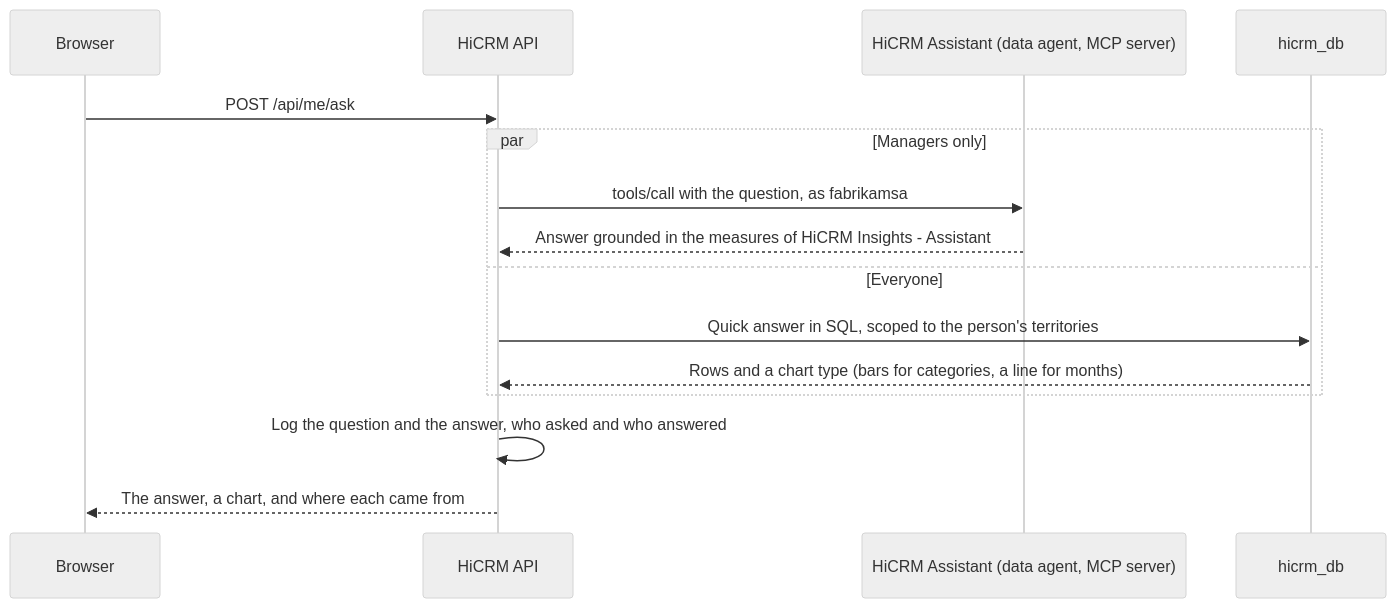
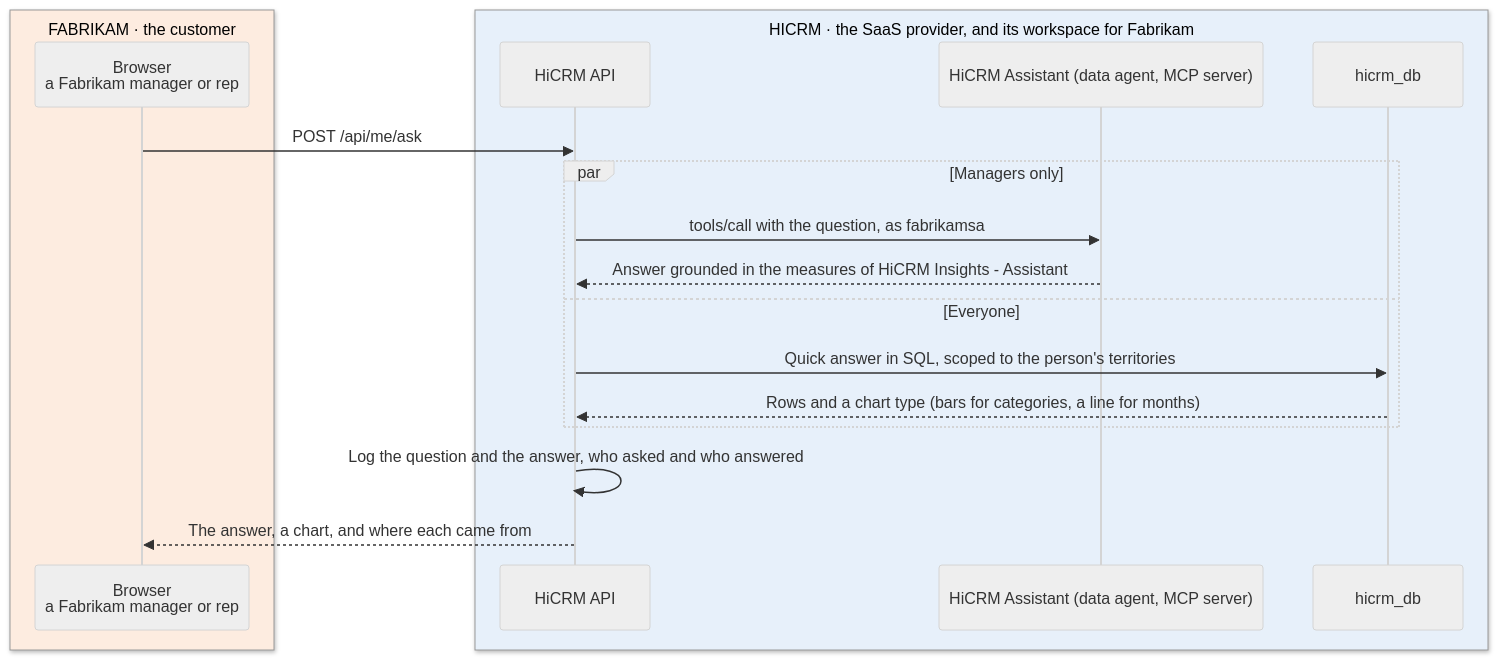
One commit to apkola29/fabric changed the seventh of 7 diagrams in saas-platform/ARCHITECTURE.md. Above: the diagram before and after it, drawn with Mermaid (neutral theme). The commit also changed other lines of this file and 9 other files, not shown here.

First line of the commit message:
saas-platform: who owns what, end-to-end flow and the data integration add-on

````diff
--- a/saas-platform/ARCHITECTURE.md
+++ b/saas-platform/ARCHITECTURE.md
@@ -237,18 +402,22 @@
 ```mermaid
 sequenceDiagram
-  participant B as Browser
-  participant A as HiCRM API
-  participant DA as HiCRM Assistant (data agent, MCP server)
-  participant DB as hicrm_db
+  box rgb(253,236,224) FABRIKAM · the customer
+    participant B as Browser<br/>a Fabrikam manager or rep
+  end
+  box rgb(231,240,250) HICRM · the SaaS provider, and its workspace for Fabrikam
+    participant A as HiCRM API
+    participant DA as HiCRM Assistant (data agent, MCP server)
+    participant DB as hicrm_db
+  end
 
   B->>A: POST /api/me/ask
   par Managers only
     A->>DA: tools/call with the question, as fabrikamsa
     DA-->>A: Answer grounded in the measures of HiCRM Insights - Assistant
   and Everyone
     A->>DB: Quick answer in SQL, scoped to the person's territories
     DB-->>A: Rows and a chart type (bars for categories, a line for months)
   end
   A->>A: Log the question and the answer, who asked and who answered
   A-->>B: The answer, a chart, and where each came from
 ```
````
